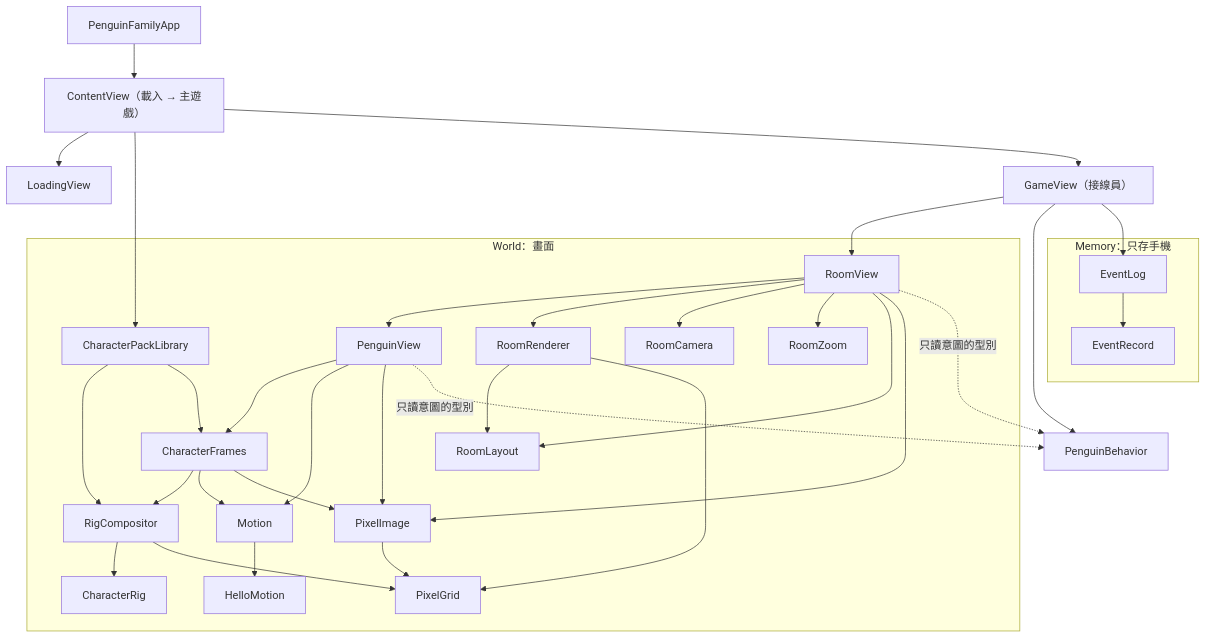
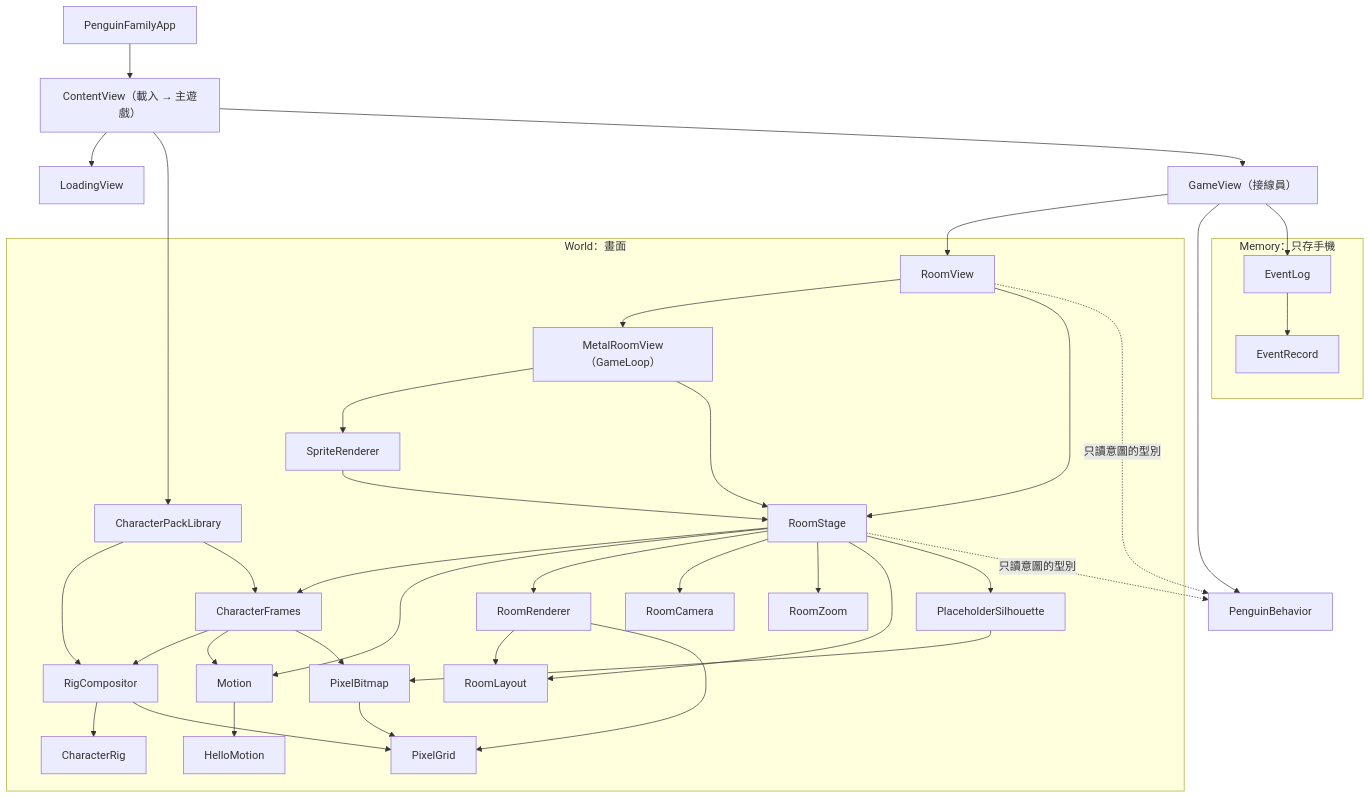
Before and after one commit to CBHeng/penguin-family: the first of 4 diagrams in docs/code-map.md, drawn with Mermaid. The commit also changed other lines of this file and 21 other files, not shown here.

First line of the commit message:
feat: 箱庭改用 Metal 繪圖（ADR 0006）

````diff
--- a/docs/code-map.md
+++ b/docs/code-map.md
@@ -100,40 +110,44 @@
 ```mermaid
 flowchart TD
     App["PenguinFamilyApp"] --> Content["ContentView（載入 → 主遊戲）"]
     Content --> Loading["LoadingView"]
     Content --> Library["CharacterPackLibrary"]
     Content --> Game["GameView（接線員）"]
     Game --> Room["RoomView"]
     Game --> Behavior["PenguinBehavior"]
     Game --> Log["EventLog"]
 
     subgraph World["World：畫面"]
         Library --> Compositor["RigCompositor"]
         Library --> Frames["CharacterFrames"]
-        Room --> Penguin["PenguinView"]
-        Room --> Renderer["RoomRenderer"]
-        Room --> Camera["RoomCamera"]
-        Room --> Zoom["RoomZoom"]
-        Room --> Layout["RoomLayout"]
-        Room --> Image["PixelImage"]
-        Renderer --> Layout
-        Renderer --> Grid["PixelGrid"]
-        Penguin --> Frames
-        Penguin --> Motion["Motion"]
-        Penguin --> Image
+        Room --> Metal["MetalRoomView（GameLoop）"]
+        Room --> Stage["RoomStage"]
+        Metal --> Renderer["SpriteRenderer"]
+        Metal --> Stage
+        Renderer --> Stage
+        Stage --> Frames
+        Stage --> Motion["Motion"]
+        Stage --> RoomRenderer["RoomRenderer"]
+        Stage --> Camera["RoomCamera"]
+        Stage --> Zoom["RoomZoom"]
+        Stage --> Layout["RoomLayout"]
+        Stage --> Placeholder["PlaceholderSilhouette"]
+        RoomRenderer --> Layout
+        RoomRenderer --> Grid["PixelGrid"]
         Frames --> Compositor
         Frames --> Motion
-        Frames --> Image
+        Frames --> Bitmap["PixelBitmap"]
+        Placeholder --> Bitmap
         Motion --> Hello["HelloMotion"]
         Compositor --> Rig["CharacterRig"]
         Compositor --> Grid
-        Image --> Grid
+        Bitmap --> Grid
     end
 
     subgraph Memory["Memory：只存手機"]
         Log --> Record["EventRecord"]
     end
 
     Room -. "只讀意圖的型別" .-> Behavior
-    Penguin -. "只讀意圖的型別" .-> Behavior
+    Stage -. "只讀意圖的型別" .-> Behavior
 ```
````
